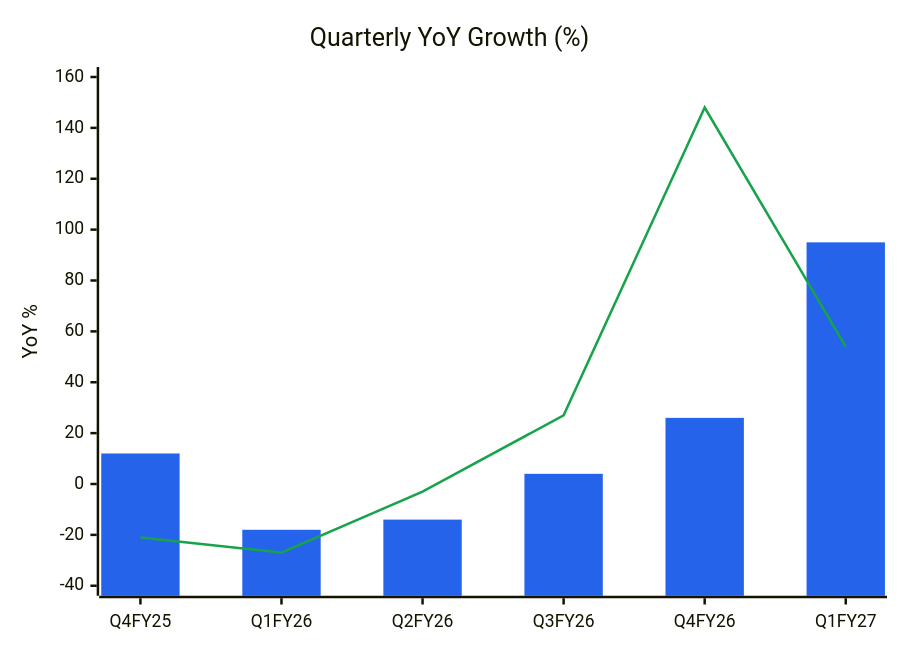
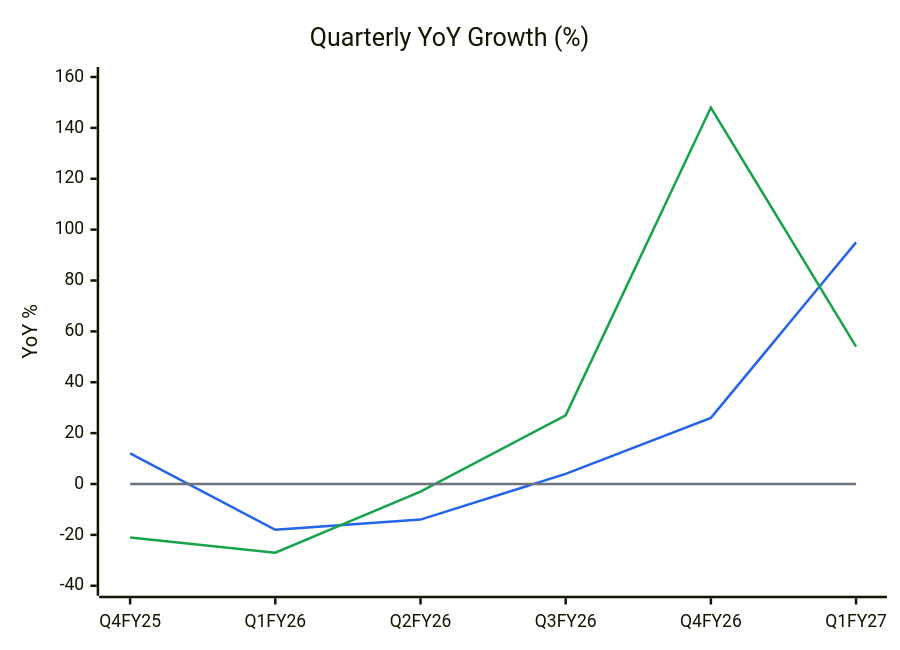
The second of 14 diagrams in ARFIN_ArfinIndia_2026-10-09.md (Anubhavsingh13/Stock-Analysis), drawn with Mermaid before and after one commit. The commit also changed other lines of this file and 4 other files, not shown here.

````diff
--- a/ARFIN_ArfinIndia_2026-10-09.md
+++ b/ARFIN_ArfinIndia_2026-10-09.md
@@ -65,9 +75,10 @@
 ```mermaid
-%%{init: {"themeVariables": {"xyChart": {"plotColorPalette": "#2563eb, #16a34a"}}}}%%
+%%{init: {"themeVariables": {"xyChart": {"plotColorPalette": "#2563eb, #16a34a, #6b7280"}}}}%%
 xychart-beta
     title "Quarterly YoY Growth (%)"
     x-axis [Q4FY25, Q1FY26, Q2FY26, Q3FY26, Q4FY26, Q1FY27]
     y-axis "YoY %" -40 --> 160
-    bar [12, -18, -14, 4, 26, 95]
+    line [12, -18, -14, 4, 26, 95]
     line [-21, -27, -3, 27, 148, 54]
+    line [0, 0, 0, 0, 0, 0]
 ```
````
